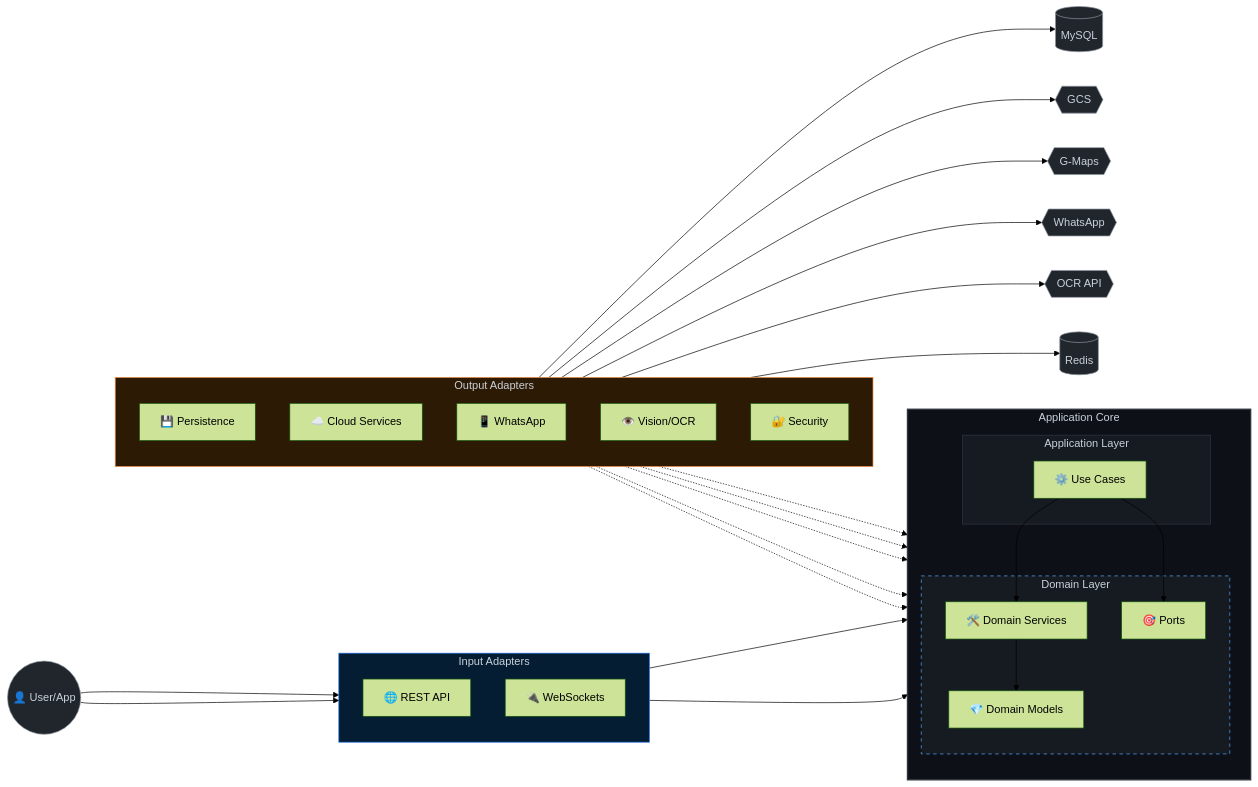
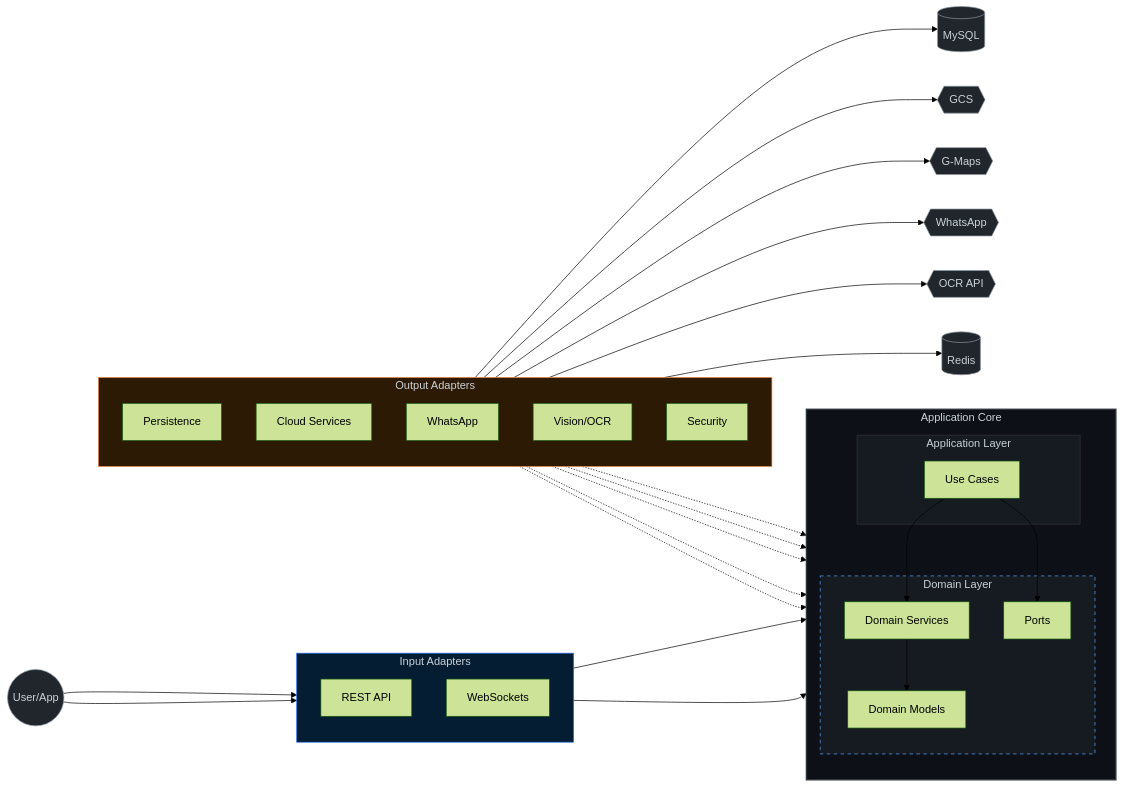
The first of 3 diagrams in README.md (fttmatteo/messenger-backend), drawn with Mermaid (forest theme) before and after one commit. The commit also changed other lines of this file and 6 other files, not shown here.

Commit message:
feat: Implement STOMP-based WebSockets for real-time tracking and add a GitHub Actions CI pipeline, updating documentation.

````diff
--- a/README.md
+++ b/README.md
@@ -49,71 +47,71 @@
 ```mermaid
 graph LR
     %% External Actors
-    USER((👤 User/App))
+    USER((User/App))
     MAPS{{G-Maps}}
     GCS{{GCS}}
     WAPP{{WhatsApp}}
     OCR_EXT{{OCR API}}
     DB[(MySQL)]
     REDIS[(Redis)]
 
     subgraph IN [Input Adapters]
         direction TB
-        REST[🌐 REST API]
-        SOC[🔌 WebSockets]
+        REST[REST API]
+        SOC[WebSockets]
     end
 
     subgraph CORE [Application Core]
         direction TB
         subgraph APP [Application Layer]
-            UC[⚙️ Use Cases]
+            UC[Use Cases]
         end
         subgraph DOMAIN [Domain Layer]
-            SVC[🛠️ Domain Services]
-            PORTS[🎯 Ports]
-            MODEL[💎 Domain Models]
+            SVC[Domain Services]
+            PORTS[Ports]
+            MODEL[Domain Models]
         end
     end
 
     subgraph OUT [Output Adapters]
         direction TB
-        PERS[💾 Persistence]
-        CLD[☁️ Cloud Services]
-        WABA[📱 WhatsApp]
-        VIS[👁️ Vision/OCR]
-        SEC[🔐 Security]
+        PERS[Persistence]
+        CLD[Cloud Services]
+        WABA[WhatsApp]
+        VIS[Vision/OCR]
+        SEC[Security]
     end
 
     %% Inbound Flow
     USER --> REST & SOC
     REST & SOC --> UC
 
     %% Application Logic
     UC --> SVC
     UC --> PORTS
     SVC --> MODEL
 
     %% Outbound Flow (Dependency Inversion)
     PERS -.-> PORTS
     CLD -.-> PORTS
     WABA -.-> PORTS
     VIS -.-> PORTS
     SEC -.-> PORTS
 
     %% Infrastructure Connections
     PERS --> DB
     CLD --> GCS & MAPS
     WABA --> WAPP
     VIS --> OCR_EXT
     SEC --> REDIS
 
     %% Styling
     style CORE fill:#0d1117,stroke:#30363d,stroke-width:2px,color:#c9d1d9
     style DOMAIN fill:#161b22,stroke:#58a6ff,stroke-dasharray: 5 5,color:#c9d1d9
     style APP fill:#161b22,stroke:#30363d,color:#c9d1d9
     style IN fill:#051d33,stroke:#1f6feb,color:#c9d1d9
     style OUT fill:#2d1a05,stroke:#f0883e,color:#c9d1d9
     
     classDef actor fill:#21262d,stroke:#8b949e,color:#c9d1d9
     class USER,MAPS,GCS,WAPP,OCR_EXT,DB,REDIS actor
 ```
````
